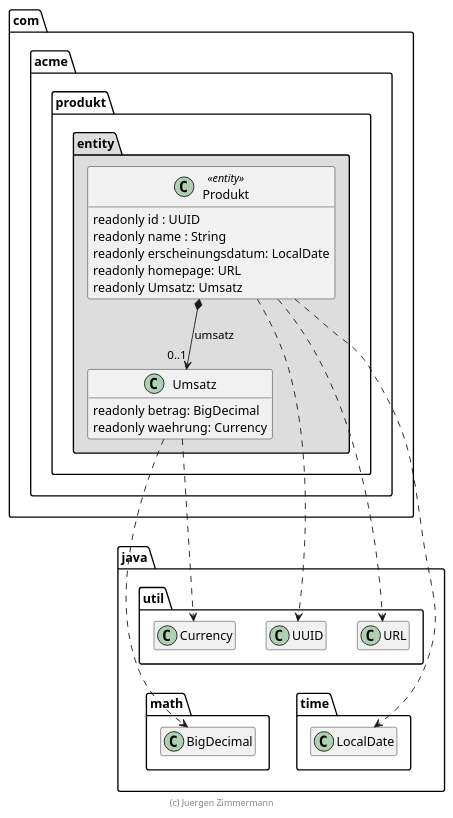
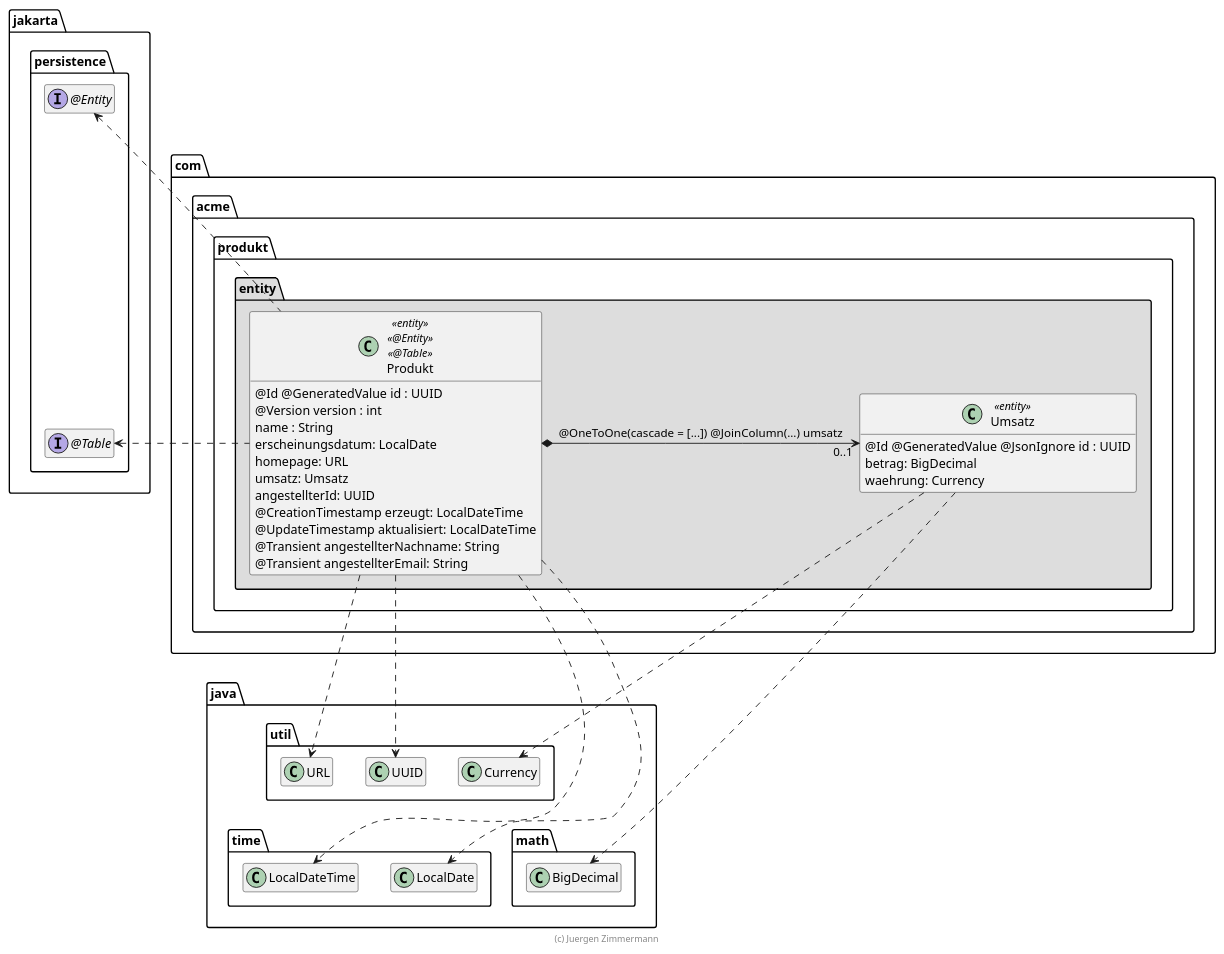
One commit to bichanhoang/produkt-v3 changed the diagram in extras/doc/Produkt.plantuml. Above: the diagram before and after it, drawn with PlantUML. The commit also changed 11 other files, not shown here.

Commit message:
UML Diagramme und Specbuilder raus

```diff
--- a/extras/doc/Produkt.plantuml
+++ b/extras/doc/Produkt.plantuml
@@ -15,53 +15,73 @@
 @startuml Produkt
 
 skinparam classAttributeIconSize 0
 ' skinparam monochrome true
 
 package java {
     package util {
         class UUID
         class URL
         class Currency
     }
 
     package math {
         class BigDecimal
     }
 
     package time {
         class LocalDate
+        class LocalDateTime
     }
 
     BigDecimal .up[hidden].> UUID
     UUID .[hidden].> LocalDate
 }
 
+package jakarta.persistence {
+    interface "@Entity" as Entity
+    interface "@Table" as Table
+
+    Entity -[hidden]down-> Table
+    LocalDateTime .up[hidden].> Table
+}
+
 package com.acme.produkt.entity #DDDDDD {
-    class Umsatz {
-        readonly betrag: BigDecimal
-        readonly waehrung: Currency
+    class Umsatz <<entity>> {
+        @Id @GeneratedValue @JsonIgnore id : UUID
+        betrag: BigDecimal
+        waehrung: Currency
     }
 
-    class Produkt << entity >> {
-        readonly id : UUID
-        readonly name : String
-        readonly erscheinungsdatum: LocalDate
-        readonly homepage: URL
-        readonly Umsatz: Umsatz
+    class Produkt << entity >> << @Entity >> << @Table >> {
+        @Id @GeneratedValue id : UUID
+        @Version version : int
+        name : String
+        erscheinungsdatum: LocalDate
+        homepage: URL
+        umsatz: Umsatz
+        angestellterId: UUID
+        @CreationTimestamp erzeugt: LocalDateTime
+        @UpdateTimestamp aktualisiert: LocalDateTime
+        @Transient angestellterNachname: String
+        @Transient angestellterEmail: String
+
     }
 
-    Produkt *--> "0..1" Umsatz: umsatz
+    Produkt *-right-> "0..1" Umsatz: @OneToOne(cascade = [...]) @JoinColumn(...) umsatz
 
     Produkt ..> UUID
     Produkt ..> LocalDate
+    Produkt ..> LocalDateTime
     Produkt ..> URL
+    Produkt .left.> Entity
+    Produkt .left.> Table
 
     Umsatz ..> Currency
     Umsatz ..> BigDecimal
 }
 
 hide empty members
 
 footer (c) Juergen Zimmermann
 
 @enduml
```
